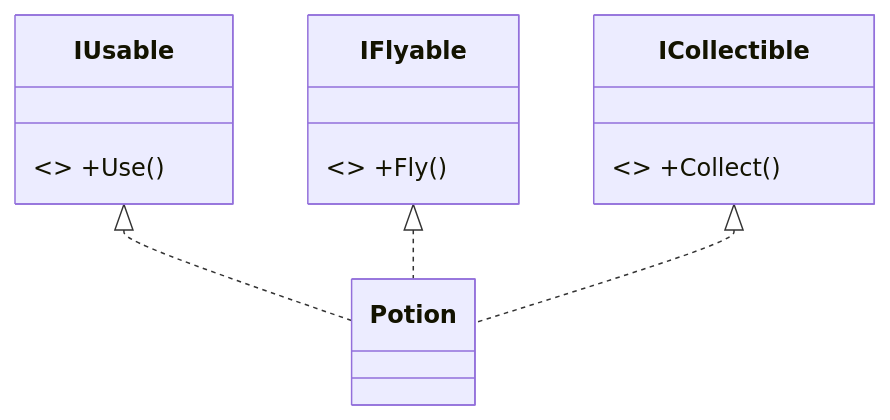
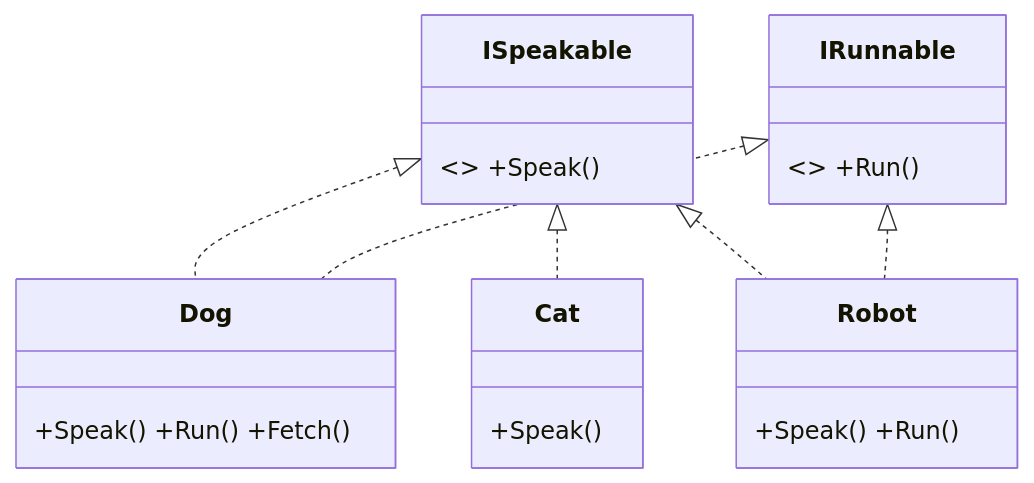
One commit to Bassiy/share_knowledge changed the diagram in concepts/oop_interface.md. Above: the diagram before and after it, drawn with Mermaid. The commit also changed other lines of this file and 1 other file, not shown here.

````diff
--- a/concepts/oop_interface.md
+++ b/concepts/oop_interface.md
@@ -59,10 +81,13 @@
 ```mermaid
 classDiagram
-    class Potion
-    class IUsable { <<interface>> +Use() }
-    class IFlyable { <<interface>> +Fly() }
-    class ICollectible { <<interface>> +Collect() }
-    IUsable <|.. Potion
-    IFlyable <|.. Potion
-    ICollectible <|.. Potion
+    class ISpeakable { <<interface>> +Speak() }
+    class IRunnable  { <<interface>> +Run() }
+    class Dog   { +Speak() +Run() +Fetch() }
+    class Cat   { +Speak() }
+    class Robot { +Speak() +Run() }
+    ISpeakable <|.. Dog
+    ISpeakable <|.. Cat
+    ISpeakable <|.. Robot
+    IRunnable  <|.. Dog
+    IRunnable  <|.. Robot
 ```
````
